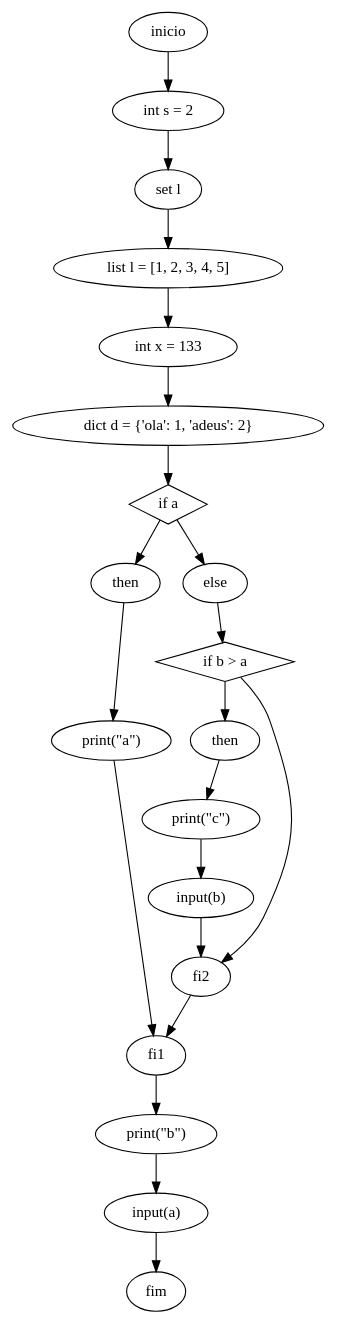
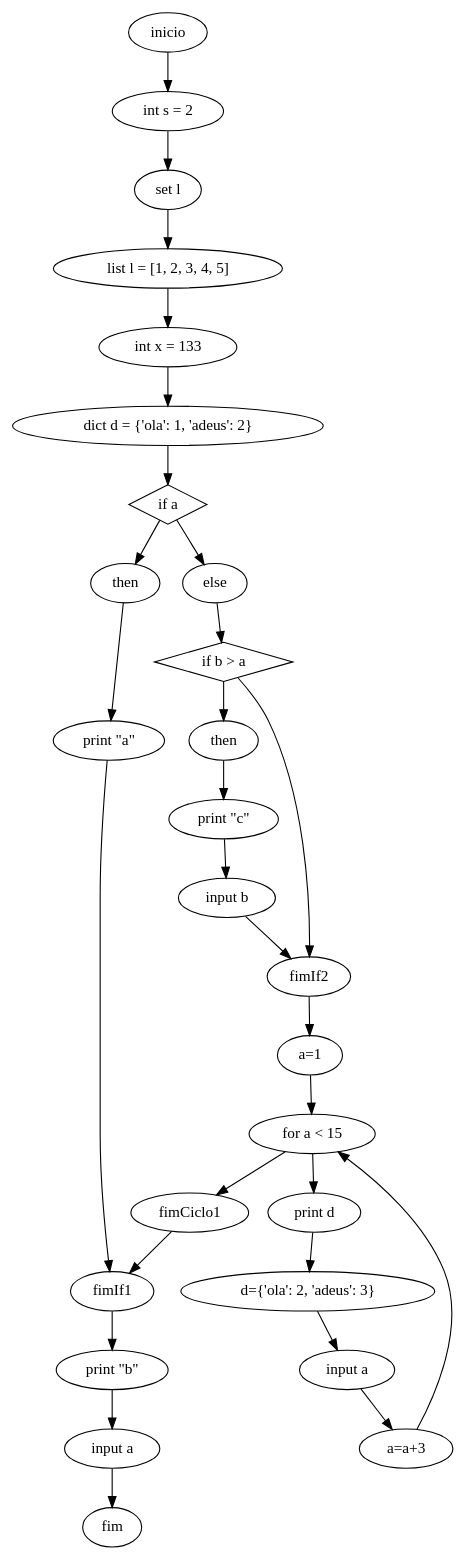
One commit to joaoprp111/TP-EngenhariaGramatical-2022 changed the diagram in TP3/cfg.dot. Above: the diagram before and after it, drawn with Graphviz. The commit also changed 4 other files, not shown here.

```diff
--- a/TP3/cfg.dot
+++ b/TP3/cfg.dot
@@ -1,41 +1,56 @@
 digraph cfg {
 	0 [label=inicio]
 	1 [label="int s = 2"]
 	0 -> 1
 	2 [label="set l"]
 	1 -> 2
 	3 [label="list l = [1, 2, 3, 4, 5]"]
 	2 -> 3
 	4 [label="int x = 133"]
 	3 -> 4
 	5 [label="dict d = {'ola': 1, 'adeus': 2}"]
 	4 -> 5
 	6 [label="if a" shape=diamond]
 	7 [label=then]
 	6 -> 7
-	8 [label=fi1]
-	9 [label="print(\"a\")"]
+	8 [label=fimIf1]
+	9 [label="print \"a\""]
 	7 -> 9
 	9 -> 8
 	10 [label=else]
 	6 -> 10
 	11 [label="if b > a" shape=diamond]
 	12 [label=then]
 	11 -> 12
-	13 [label=fi2]
-	14 [label="print(\"c\")"]
+	13 [label=fimIf2]
+	14 [label="print \"c\""]
 	12 -> 14
-	15 [label="input(b)"]
+	15 [label="input b"]
 	14 -> 15
 	15 -> 13
 	10 -> 11
 	11 -> 13
-	13 -> 8
+	16 [label="a=1"]
+	13 -> 16
+	17 [label="for a < 15"]
+	16 -> 17
+	18 [label="a=a+3"]
+	19 [label="print d"]
+	17 -> 19
+	20 [label="d={'ola': 2, 'adeus': 3}"]
+	19 -> 20
+	21 [label="input a"]
+	20 -> 21
+	21 -> 18
+	18 -> 17
+	22 [label=fimCiclo1]
+	17 -> 22
+	22 -> 8
 	5 -> 6
-	16 [label="print(\"b\")"]
-	8 -> 16
-	17 [label="input(a)"]
-	16 -> 17
-	18 [label=fim]
-	17 -> 18
+	23 [label="print \"b\""]
+	8 -> 23
+	24 [label="input a"]
+	23 -> 24
+	25 [label=fim]
+	24 -> 25
 }
```
